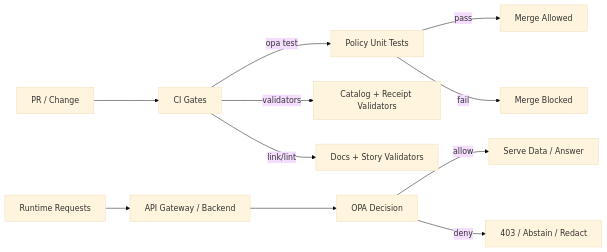
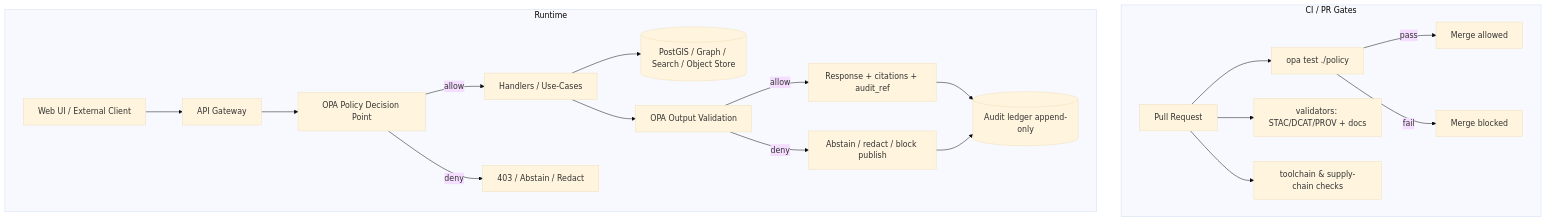
The diagram in tests/policy/README.md (bartytime4life/Kansas-Frontier-Matrix), drawn with Mermaid (base theme) before and after one commit. The commit also changed other lines of this file, not shown here.

First line of the commit message:
Revise README.md for policy test suite enhancements

````diff
--- a/tests/policy/README.md
+++ b/tests/policy/README.md
@@ -50,14 +72,25 @@
 ```mermaid
-flowchart LR
-  Dev[PR / Change] --> CI[CI Gates]
-  CI -->|opa test| PolicyTests[Policy Unit Tests]
-  CI -->|validators| CatalogTests[Catalog + Receipt Validators]
-  CI -->|link/lint| DocTests[Docs + Story Validators]
-  PolicyTests -->|pass| Merge[Merge Allowed]
-  PolicyTests -->|fail| Block[Merge Blocked]
+flowchart TB
+  subgraph CI[CI / PR Gates]
+    PR[Pull Request] --> OPA_TEST[opa test ./policy]
+    PR --> VALIDATORS[validators: STAC/DCAT/PROV + docs]
+    PR --> SECURITY[toolchain & supply-chain checks]
+    OPA_TEST -->|pass| MERGE[Merge allowed]
+    OPA_TEST -->|fail| BLOCK[Merge blocked]
+  end
 
-  Runtime[Runtime Requests] --> API[API Gateway / Backend]
-  API --> OPA[OPA Decision]
-  OPA -->|allow| Serve[Serve Data / Answer]
-  OPA -->|deny| Deny[403 / Abstain / Redact]
+  subgraph RT[Runtime]
+    UI[Web UI / External Client] --> API[API Gateway]
+    API --> PDP[OPA Policy Decision Point]
+    PDP -->|allow| HANDLER[Handlers / Use-Cases]
+    PDP -->|deny| DENY[403 / Abstain / Redact]
+
+    HANDLER --> STORES[(PostGIS / Graph / Search / Object Store)]
+    HANDLER --> PDP2[OPA Output Validation]
+    PDP2 -->|allow| RESP[Response + citations + audit_ref]
+    PDP2 -->|deny| ABSTAIN[Abstain / redact / block publish]
+
+    RESP --> AUDIT[(Audit ledger append-only)]
+    ABSTAIN --> AUDIT
+  end
 ```
````
